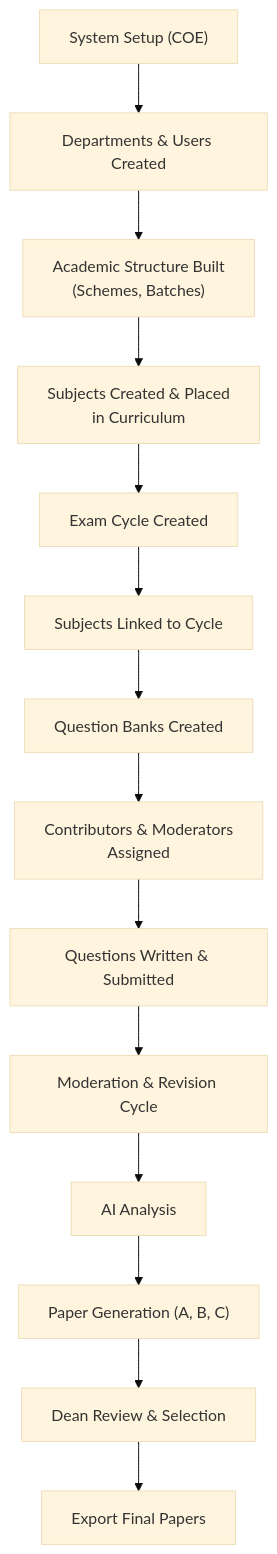
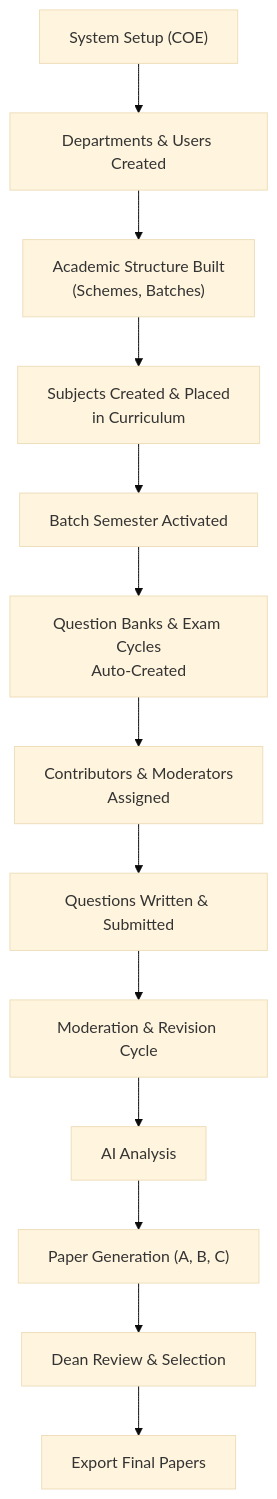
Before and after one commit to Newer1107/EMQPGS: the first of 8 diagrams in docs/system-workflowv2.md, drawn with Mermaid (base theme). The commit also changed 8 other files, not shown here.

Commit message:
refactor: Update documentation and database schema to reflect changes in QuestionBank ownership and lifecycle

````diff
--- a/docs/system-workflowv2.md
+++ b/docs/system-workflowv2.md
@@ -34,16 +34,15 @@
 ```mermaid
 flowchart TD
     A["System Setup (COE)"] --> B["Departments & Users Created"]
     B --> C["Academic Structure Built<br/>(Schemes, Batches)"]
     C --> D["Subjects Created & Placed<br/>in Curriculum"]
-    D --> E["Exam Cycle Created"]
-    E --> F["Subjects Linked to Cycle"]
-    F --> G["Question Banks Created"]
-    G --> H["Contributors & Moderators<br/>Assigned"]
-    H --> I["Questions Written & Submitted"]
-    I --> J["Moderation & Revision Cycle"]
-    J --> K["AI Analysis"]
-    K --> L["Paper Generation (A, B, C)"]
-    L --> M["Dean Review & Selection"]
-    M --> N["Export Final Papers"]
+    D --> E["Batch Semester Activated"]
+    E --> F["Question Banks & Exam Cycles<br/>Auto-Created"]
+    F --> G["Contributors & Moderators<br/>Assigned"]
+    G --> H["Questions Written & Submitted"]
+    H --> I["Moderation & Revision Cycle"]
+    I --> J["AI Analysis"]
+    J --> K["Paper Generation (A, B, C)"]
+    K --> L["Dean Review & Selection"]
+    L --> M["Export Final Papers"]
 ```
````
